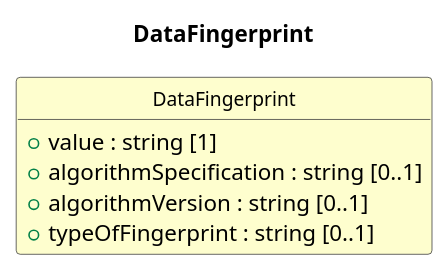
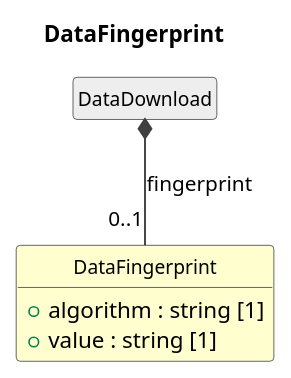
Before and after one commit to Cross-Domain-Interoperability-Framework/metadataBuildingBlocks: the diagram in cdif-uml-model/_plantuml/cdifDataStructure/Classes/DataFingerprint.pu, drawn with PlantUML. The commit also changed 834 other files, not shown here.

```diff
--- a/cdif-uml-model/_plantuml/cdifDataStructure/Classes/DataFingerprint.pu
+++ b/cdif-uml-model/_plantuml/cdifDataStructure/Classes/DataFingerprint.pu
@@ -1,20 +1,20 @@
 @startuml
 title DataFingerprint
 hide circle
 hide empty members
 skinparam shadowing false
 skinparam ArrowThickness 1.2
 skinparam class {
   ArrowColor #404040
   BorderColor #404040
   FontSize 12
 }
 
 class "DataFingerprint" as DataFingerprint #FEFECE {
+  +algorithm : string [1]
   +value : string [1]
-  +algorithmSpecification : string [0..1]
-  +algorithmVersion : string [0..1]
-  +typeOfFingerprint : string [0..1]
 }
+class "DataDownload" as DataDownload #EEEEEE
+DataDownload *-- "0..1" DataFingerprint : fingerprint
 
 @enduml
```
